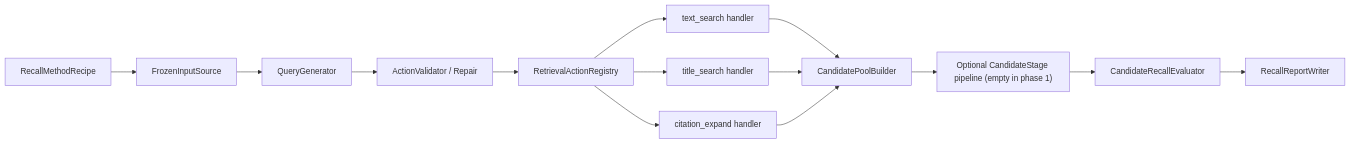
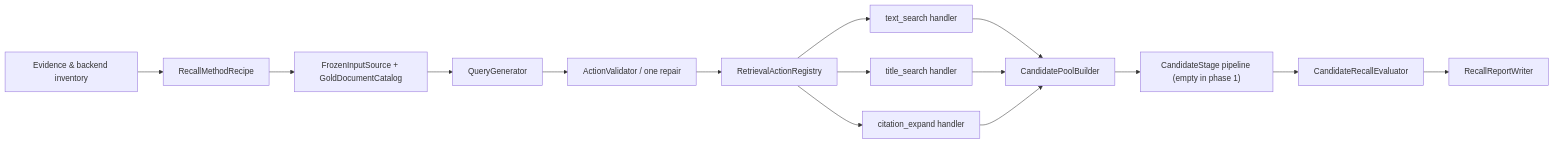
The diagram in docs/superpowers/specs/2026-08-11-modular-candidate-recall-experiment-harness-design.md (Tianyuai/AI-Projects), drawn with Mermaid before and after one commit. The commit also changed other lines of this file, not shown here.

Commit message:
docs: harden candidate recall harness design

````diff
--- a/docs/superpowers/specs/2026-08-11-modular-candidate-recall-experiment-harness-design.md
+++ b/docs/superpowers/specs/2026-08-11-modular-candidate-recall-experiment-harness-design.md
@@ -33,16 +63,17 @@
 ```mermaid
 flowchart LR
-    R["RecallMethodRecipe"] --> I["FrozenInputSource"]
+    F["Evidence & backend inventory"] --> R["RecallMethodRecipe"]
+    R --> I["FrozenInputSource + GoldDocumentCatalog"]
     I --> G["QueryGenerator"]
-    G --> V["ActionValidator / Repair"]
+    G --> V["ActionValidator / one repair"]
     V --> X["RetrievalActionRegistry"]
     X --> T["text_search handler"]
     X --> H["title_search handler"]
     X --> C["citation_expand handler"]
     T --> P["CandidatePoolBuilder"]
     H --> P
     C --> P
-    P --> S["Optional CandidateStage pipeline (empty in phase 1)"]
+    P --> S["CandidateStage pipeline (empty in phase 1)"]
     S --> E["CandidateRecallEvaluator"]
     E --> O["RecallReportWriter"]
 ```
````
